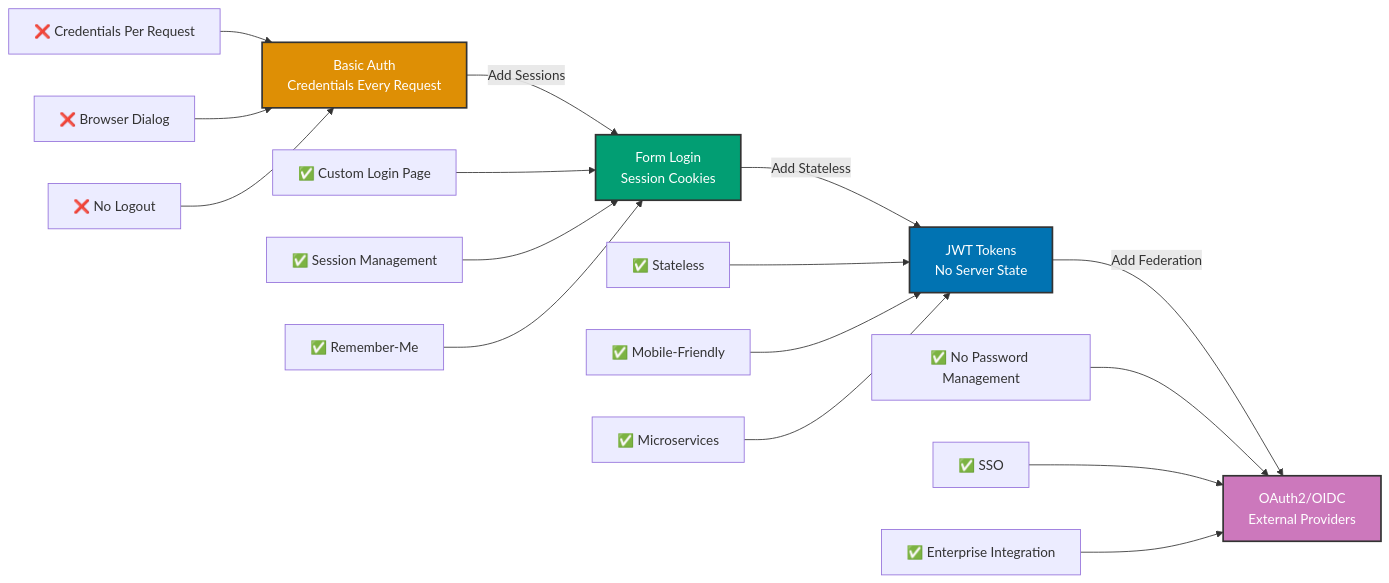
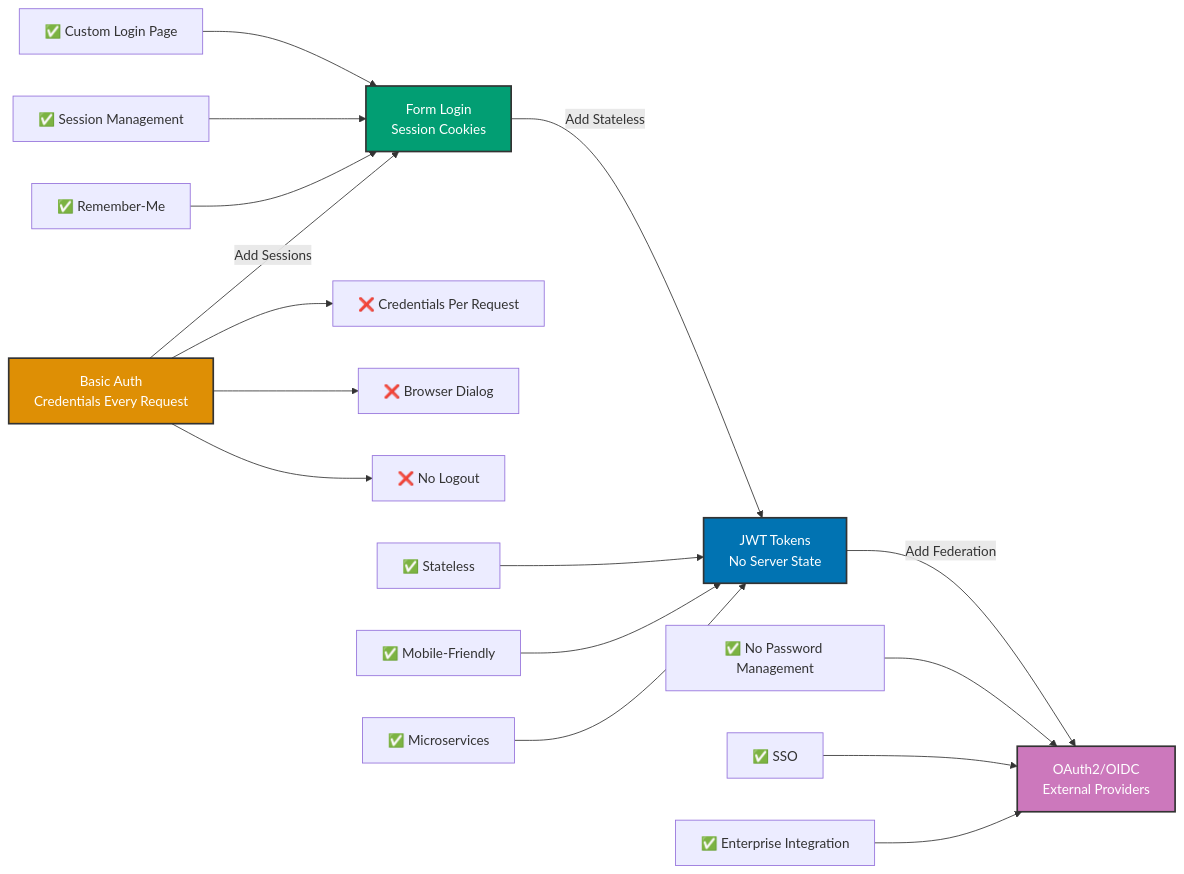
Before and after one commit to wahidyankf/baseerah: the diagram in apps/ayokoding-www/content/en/learn/software-engineering/platforms/web/tools/jvm-spring/in-the-field/authentication.md, drawn with Mermaid. The commit also changed 88 other files, not shown here.

First line of the commit message:
fix(ayokoding-www): resolve pre-existing Mermaid violations, exclude fixtures/plans-done

````diff
--- a/apps/ayokoding-www/content/en/learn/software-engineering/platforms/web/tools/jvm-spring/in-the-field/authentication.md
+++ b/apps/ayokoding-www/content/en/learn/software-engineering/platforms/web/tools/jvm-spring/in-the-field/authentication.md
@@ -667,27 +667,27 @@
 ```mermaid
 graph LR
     A[Basic Auth<br/>Credentials Every Request] -->|Add Sessions| B[Form Login<br/>Session Cookies]
     B -->|Add Stateless| C[JWT Tokens<br/>No Server State]
     C -->|Add Federation| D[OAuth2/OIDC<br/>External Providers]
 
-    A1[❌ Credentials Per Request] --> A
-    A2[❌ Browser Dialog] --> A
-    A3[❌ No Logout] --> A
+    A --> A1[❌ Credentials Per Request]
+    A --> A2[❌ Browser Dialog]
+    A --> A3[❌ No Logout]
 
     B1[✅ Custom Login Page] --> B
     B2[✅ Session Management] --> B
     B3[✅ Remember-Me] --> B
 
     C1[✅ Stateless] --> C
     C2[✅ Mobile-Friendly] --> C
     C3[✅ Microservices] --> C
 
     D1[✅ No Password Management] --> D
     D2[✅ SSO] --> D
     D3[✅ Enterprise Integration] --> D
 
     style A fill:#DE8F05,stroke:#333,stroke-width:2px,color:#fff
     style B fill:#029E73,stroke:#333,stroke-width:2px,color:#fff
     style C fill:#0173B2,stroke:#333,stroke-width:2px,color:#fff
     style D fill:#CC78BC,stroke:#333,stroke-width:2px,color:#fff
 ```
````
